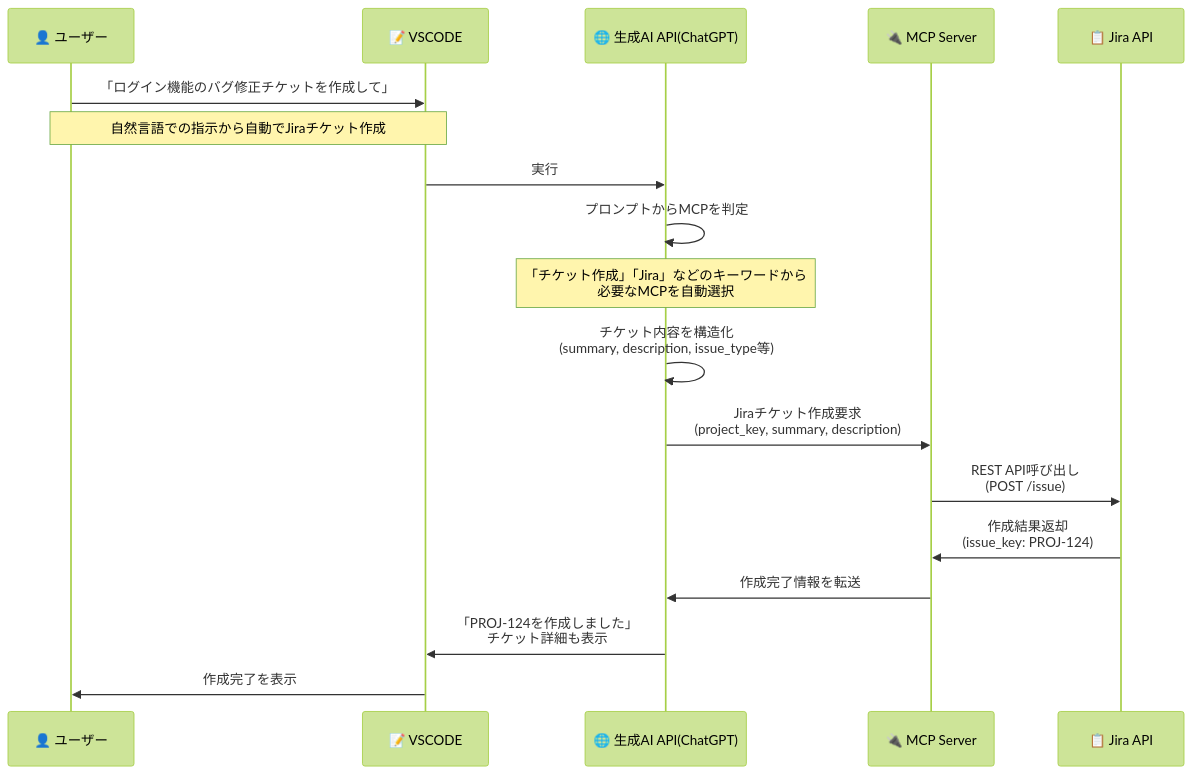
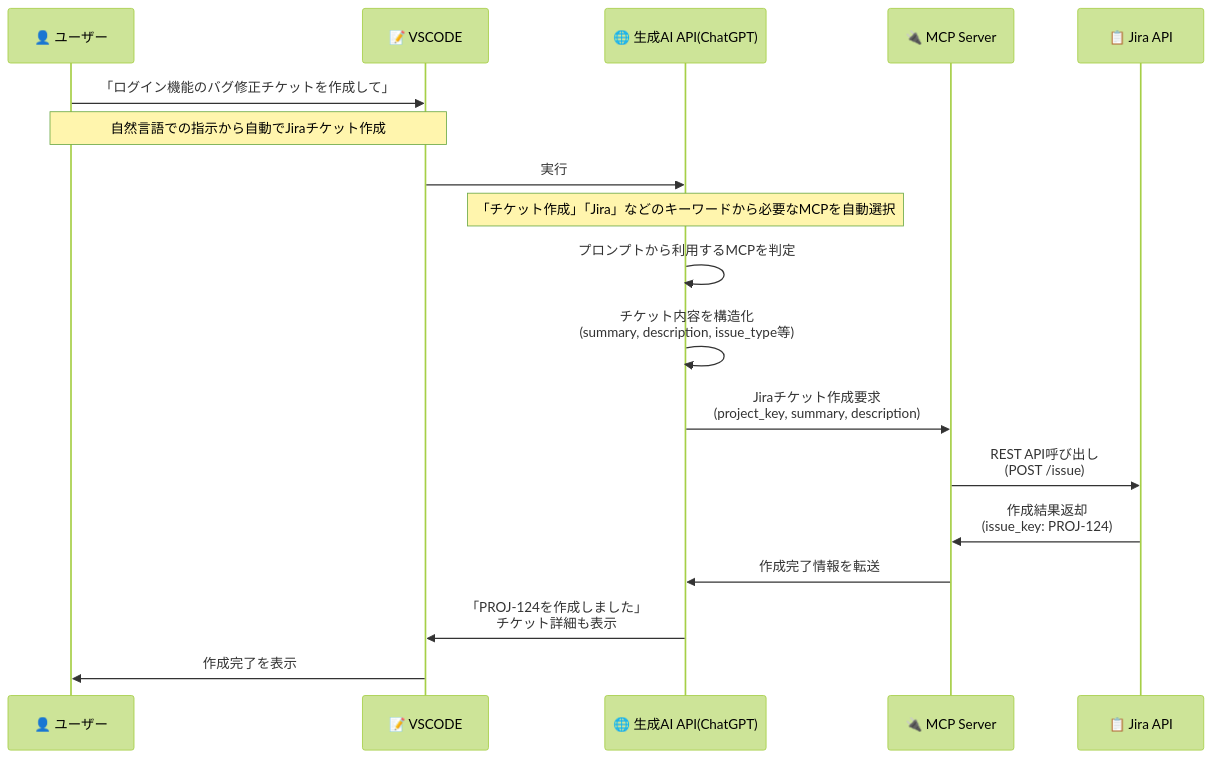
Before and after one commit to sheet00/haagen-dazs-hands-on-03-slide: the third of 3 diagrams in vscode-handson-slides.md, drawn with Mermaid (forest theme). The commit also changed other lines of this file, not shown here.

```diff
--- a/vscode-handson-slides.md
+++ b/vscode-handson-slides.md
@@ -281,23 +674,24 @@
 <pre class="mermaid">
 sequenceDiagram
     participant User as 👤 ユーザー
     participant VSCode as 📝 VSCODE
     participant API as 🌐 生成AI API(ChatGPT)
     participant MCP as 🔌 MCP Server
     participant Jira as 📋 Jira API
 
     User->>VSCode: 「ログイン機能のバグ修正チケットを作成して」
 
     Note over User,VSCode: 自然言語での指示から自動でJiraチケット作成
     VSCode->>API: 実行
-    API->>API: プロンプトからMCPを判定
     
-    Note over API: 「チケット作成」「Jira」などのキーワードから<br/>必要なMCPを自動選択
+    Note over API: 「チケット作成」「Jira」などのキーワードから必要なMCPを自動選択
+    API->>API: プロンプトから利用するMCPを判定    
+
     API->>API: チケット内容を構造化<br/>(summary, description, issue_type等)
     API->>MCP: Jiraチケット作成要求<br/>(project_key, summary, description)
     MCP->>Jira: REST API呼び出し<br/>(POST /issue)
     Jira->>MCP: 作成結果返却<br/>(issue_key: PROJ-124)
     MCP->>API: 作成完了情報を転送
     API->>VSCode: 「PROJ-124を作成しました」<br/>チケット詳細も表示
     VSCode->>User: 作成完了を表示
 </pre>
```
